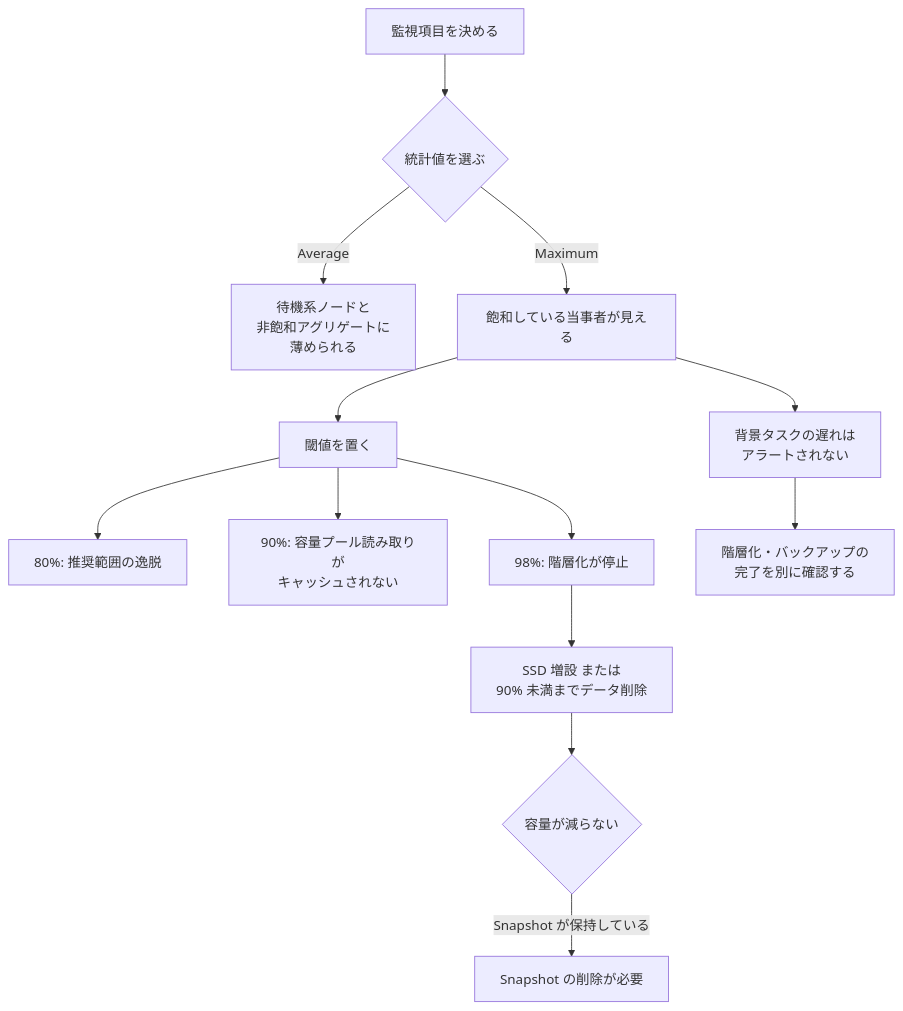
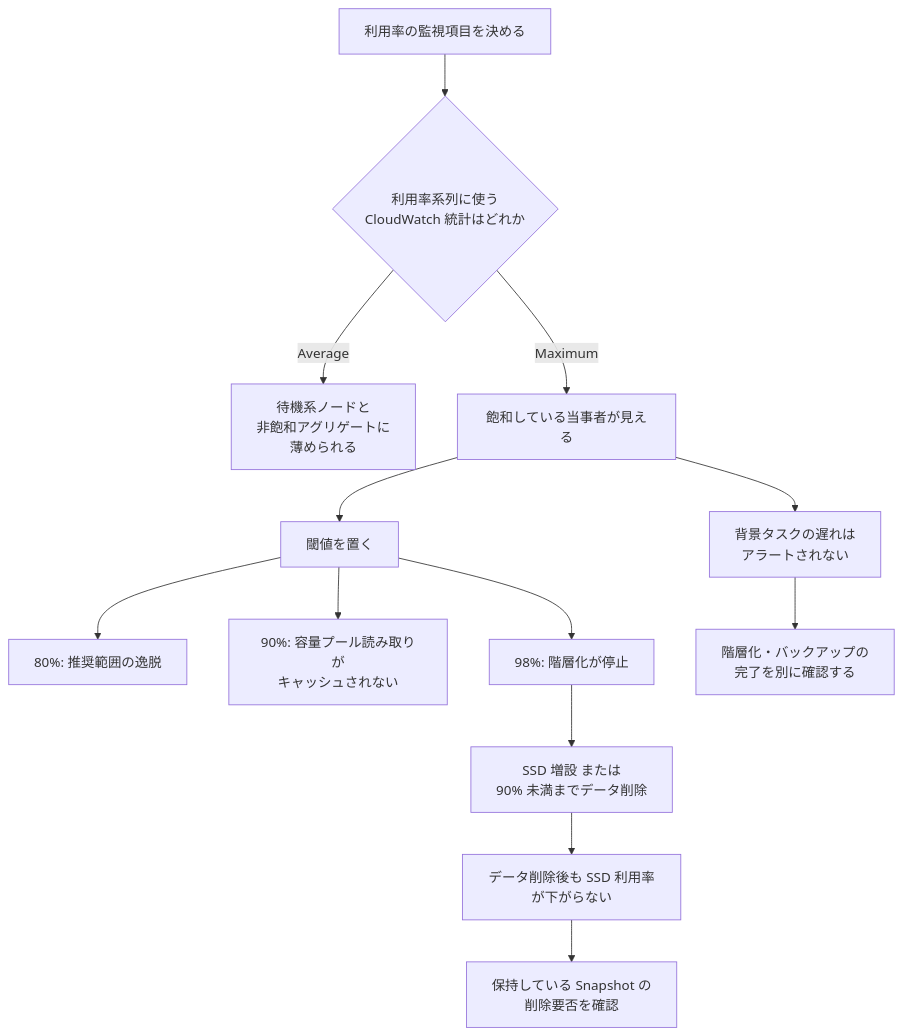
Before and after one commit to Yoshiki0705/FSx-for-ONTAP-Adoption-Playbook: the second of 2 diagrams in docs/ja/playbooks/05-operate/notes/monitoring-fails-on-averages.md, drawn with Mermaid. The commit also changed other lines of this file and 257 other files, not shown here.

````diff
--- a/docs/ja/playbooks/05-operate/notes/monitoring-fails-on-averages.md
+++ b/docs/ja/playbooks/05-operate/notes/monitoring-fails-on-averages.md
@@ -116,18 +149,18 @@
 ```mermaid
 graph TD
-    S[監視項目を決める] --> STAT{統計値を選ぶ}
+    S[利用率の監視項目を決める] --> STAT{利用率系列に使う<br/>CloudWatch 統計はどれか}
     STAT -->|Average| BAD[待機系ノードと<br/>非飽和アグリゲートに<br/>薄められる]
     STAT -->|Maximum| GOOD[飽和している当事者が見える]
 
     GOOD --> T[閾値を置く]
     T --> T80["80%: 推奨範囲の逸脱"]
     T --> T90["90%: 容量プール読み取りが<br/>キャッシュされない"]
     T --> T98["98%: 階層化が停止"]
 
     T98 --> FIX[SSD 増設 または<br/>90% 未満までデータ削除]
-    FIX --> SNAP{容量が減らない}
-    SNAP -->|Snapshot が保持している| DEL[Snapshot の削除が必要]
+    FIX --> SNAP[データ削除後も SSD 利用率が下がらない]
+    SNAP --> DEL[保持している Snapshot の<br/>削除要否を確認]
 
     GOOD --> BG[背景タスクの遅れは<br/>アラートされない]
     BG --> BGCHK[階層化・バックアップの<br/>完了を別に確認する]
 ```
````
